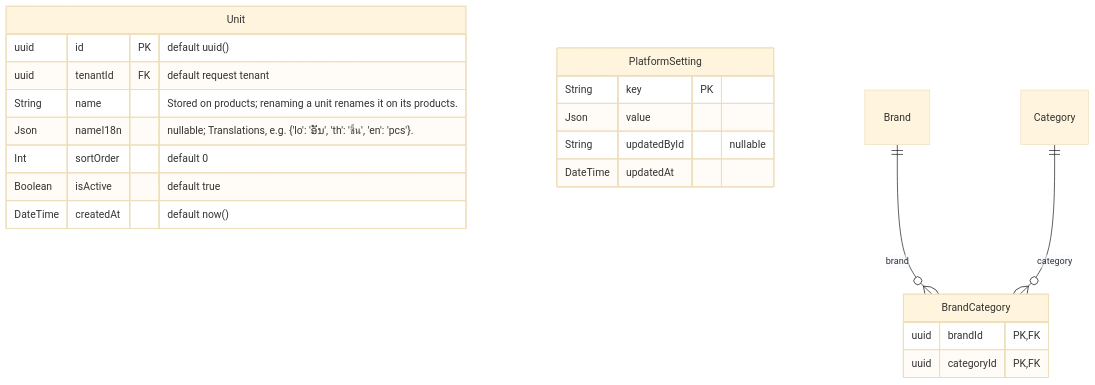
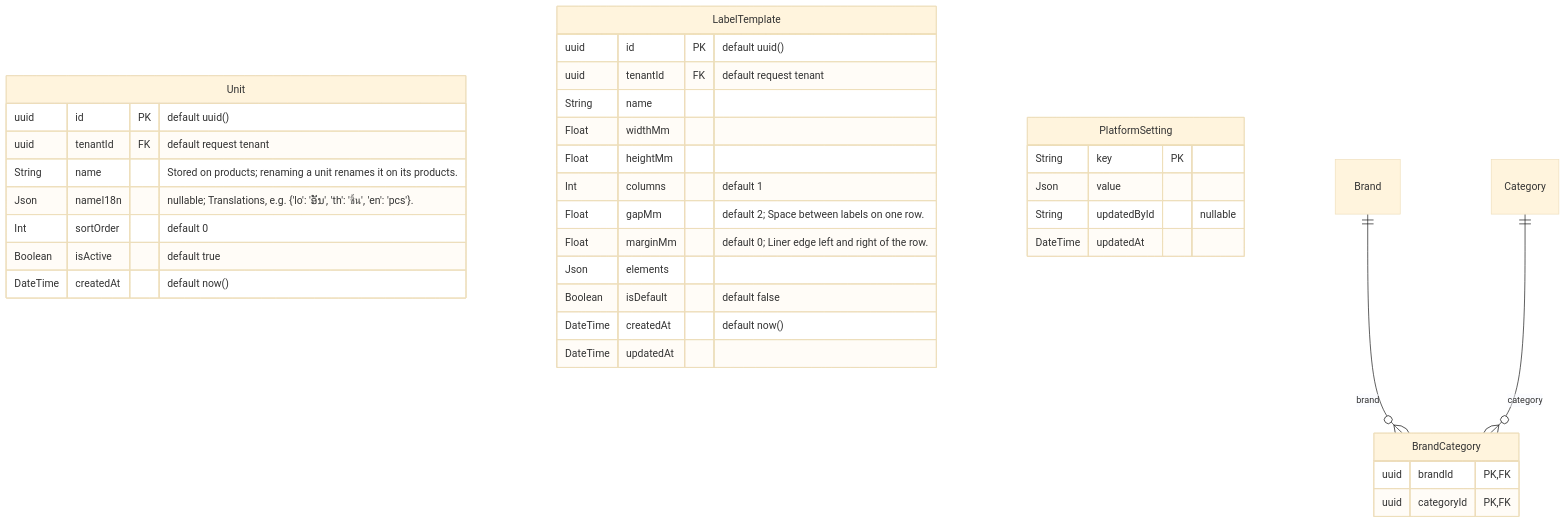
One commit to SilavongSone/POS_PLC_Backend changed the ninth of 9 diagrams in docs/er-diagram.md. Above: the diagram before and after it, drawn with Mermaid (base theme). The commit also changed other lines of this file and 15 other files, not shown here.

````diff
--- a/docs/er-diagram.md
+++ b/docs/er-diagram.md
@@ -1995,24 +1996,38 @@
 ```mermaid
 erDiagram
   BrandCategory {
     uuid brandId PK, FK
     uuid categoryId PK, FK
   }
   Unit {
     uuid id PK "default uuid()"
     uuid tenantId FK "default request tenant"
     String name "Stored on products; renaming a unit renames it on its products."
     Json nameI18n "nullable; Translations, e.g. {'lo': 'ອັນ', 'th': 'ชิ้น', 'en': 'pcs'}."
     Int sortOrder "default 0"
     Boolean isActive "default true"
     DateTime createdAt "default now()"
   }
+  LabelTemplate {
+    uuid id PK "default uuid()"
+    uuid tenantId FK "default request tenant"
+    String name
+    Float widthMm
+    Float heightMm
+    Int columns "default 1"
+    Float gapMm "default 2; Space between labels on one row."
+    Float marginMm "default 0; Liner edge left and right of the row."
+    Json elements
+    Boolean isDefault "default false"
+    DateTime createdAt "default now()"
+    DateTime updatedAt
+  }
   PlatformSetting {
     String key PK
     Json value
     String updatedById "nullable"
     DateTime updatedAt
   }
   Brand ||--o{ BrandCategory : "brand"
   Category ||--o{ BrandCategory : "category"
 ```
````
